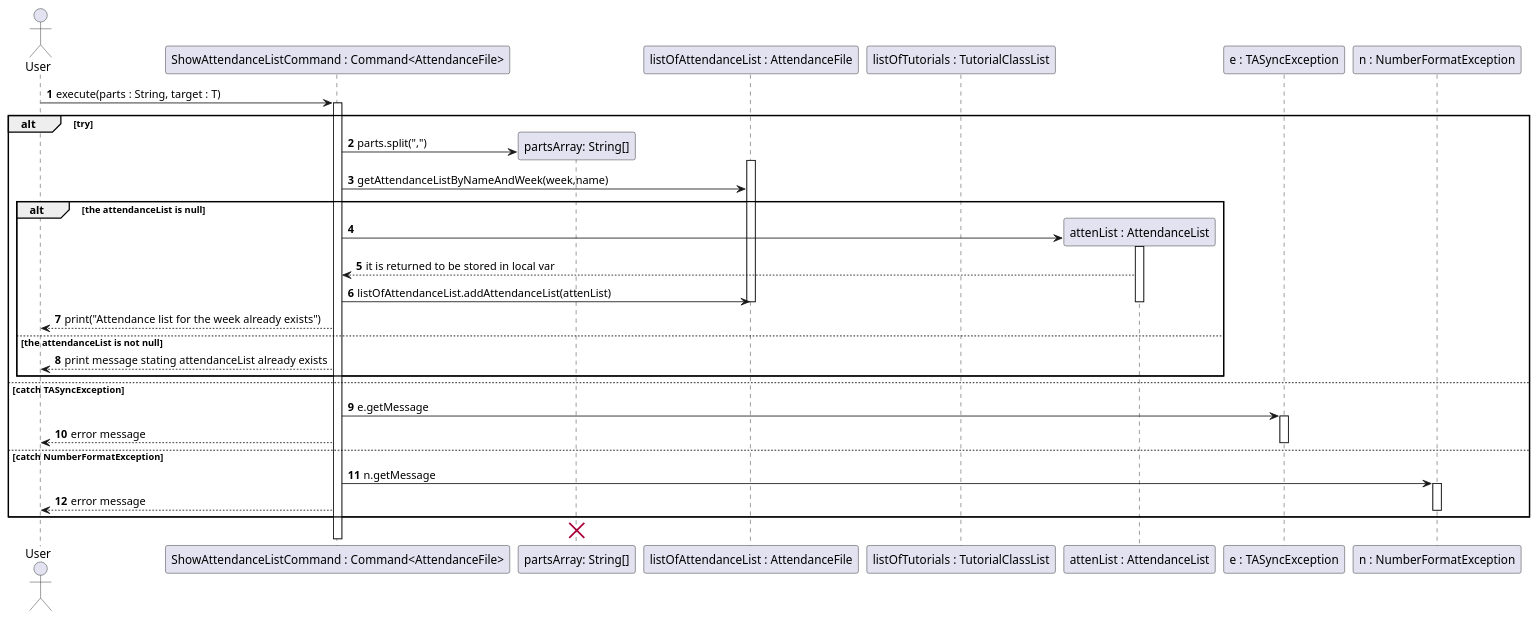
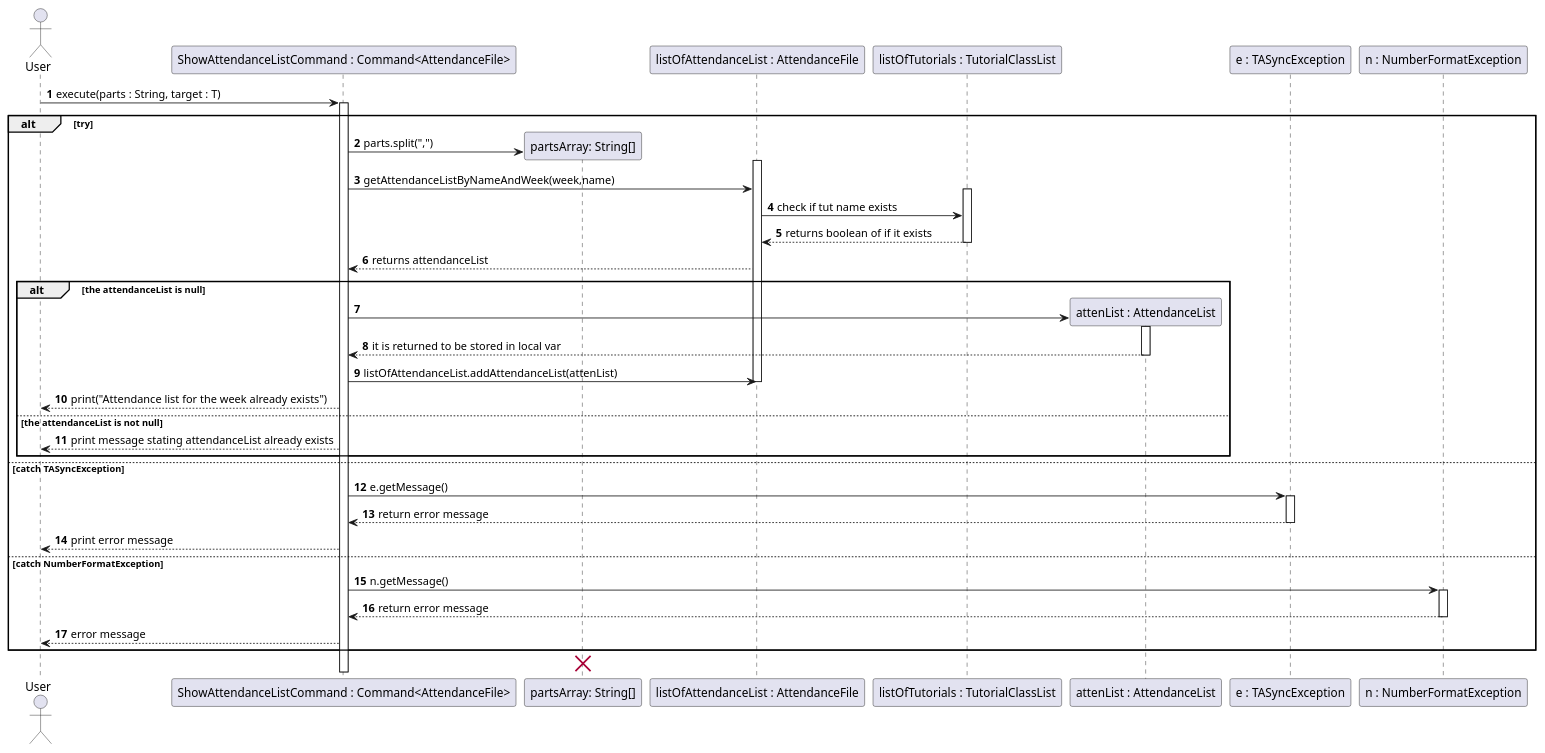
One commit to wongyihao02/tp changed the diagram in docs/diagrams/attendancelistcommands/CreateNewAttendanceListCommand.puml. Above: the diagram before and after it, drawn with PlantUML. The commit also changed 22 other files, not shown here.

Commit message:
added success message printing for attendance list commands that prev printed nothing.Updated seq diagrams , UG and DG for attendancelist commands

```diff
--- a/docs/diagrams/attendancelistcommands/CreateNewAttendanceListCommand.puml
+++ b/docs/diagrams/attendancelistcommands/CreateNewAttendanceListCommand.puml
@@ -1,52 +1,60 @@
 @startuml
 'https://plantuml.com/sequence-diagram
 
 autonumber
 actor User
 participant "ShowAttendanceListCommand : Command<AttendanceFile>" as command
 participant "partsArray: String[]" as parts
 participant "listOfAttendanceList : AttendanceFile" as listOfAttendanceList
 participant "listOfTutorials : TutorialClassList" as listOfTutorials
 participant "attenList : AttendanceList" as attenList
 participant "e : TASyncException" as e
 participant "n : NumberFormatException" as n
 
 User -> command : execute(parts : String, target : T)
 activate command
 alt try
 create parts
 command -> parts : parts.split(",")
 activate listOfAttendanceList
 command -> listOfAttendanceList : getAttendanceListByNameAndWeek(week,name)
+activate listOfTutorials
+listOfAttendanceList -> listOfTutorials : check if tut name exists
+listOfTutorials --> listOfAttendanceList: returns boolean of if it exists
+deactivate listOfTutorials
 
+listOfAttendanceList --> command : returns attendanceList
 alt the attendanceList is null
 create attenList
 command -> attenList
 activate attenList
 attenList --> command : it is returned to be stored in local var
+deactivate attenList
 command -> listOfAttendanceList : listOfAttendanceList.addAttendanceList(attenList)
 
-deactivate attenList
+
 deactivate listOfAttendanceList
 command --> User : print("Attendance list for the week already exists")
 else the attendanceList is not null
 command --> User : print message stating attendanceList already exists
 end alt
 
 else catch TASyncException
 
 
-    command -> e : e.getMessage
-    activate e
-    command --> User  : error message
-    deactivate e
+    command -> e : e.getMessage()
+        activate e
+        e --> command : return error message
+        deactivate e
+        command --> User  : print error message
 
-    else catch NumberFormatException
-     command -> n : n.getMessage
-     activate n
-     command --> User : error message
-     deactivate n
+        else catch NumberFormatException
+         command -> n : n.getMessage()
+         activate n
+         n --> command : return error message
+         deactivate n
+         command --> User : error message
 end
 
 destroy parts
 @enduml
```
